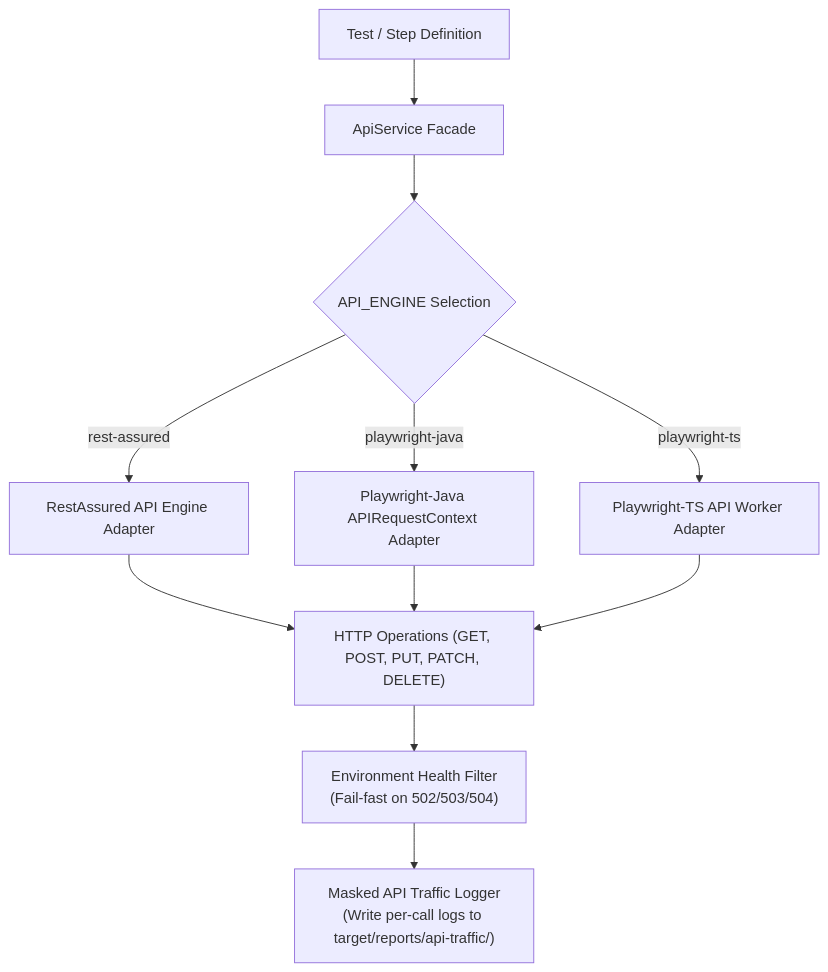
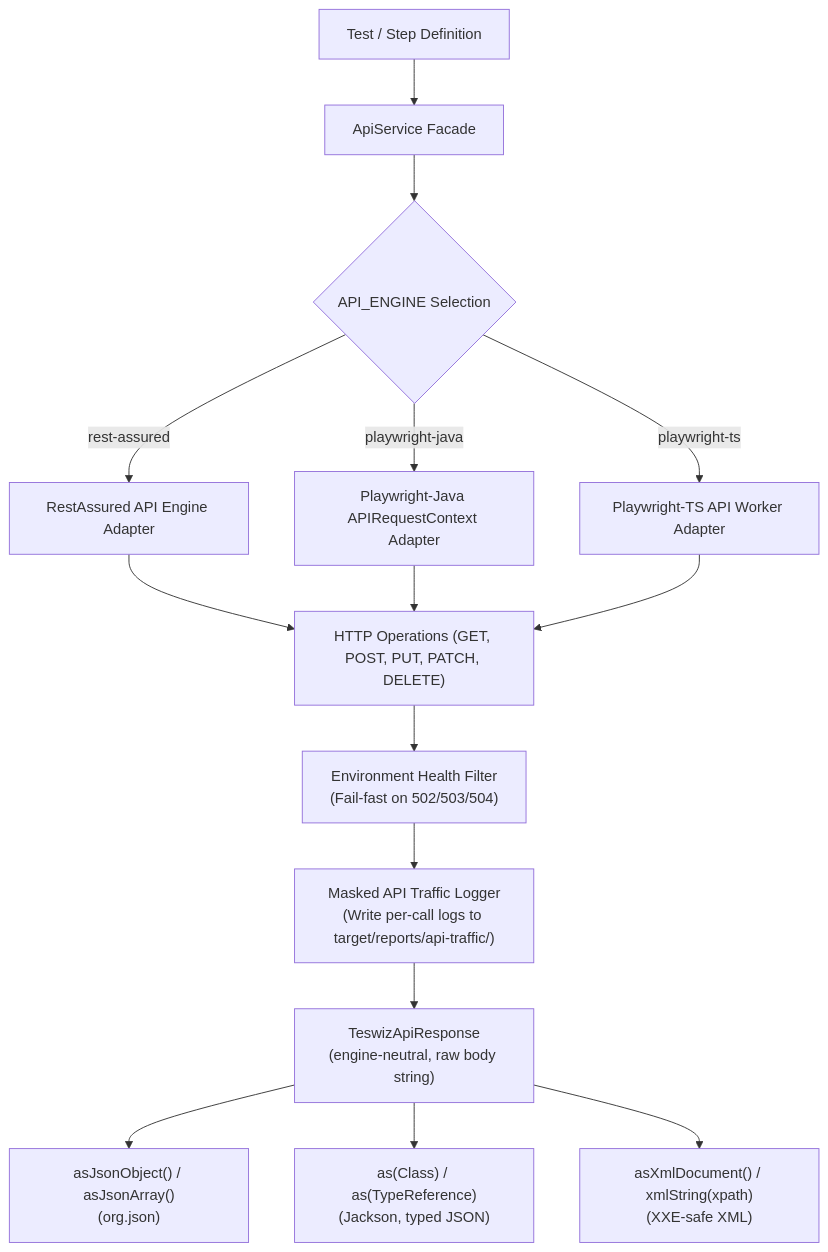
One commit to anandbagmar/teswiz changed the diagram in docs/engines/running-api-tests.md. Above: the diagram before and after it, drawn with Mermaid. The commit also changed other lines of this file and 4 other files, not shown here.

First line of the commit message:
Update docs and diagrams for 1.0.47 and 1.0.48 changes

````diff
--- a/docs/engines/running-api-tests.md
+++ b/docs/engines/running-api-tests.md
@@ -44,16 +44,21 @@
 ```mermaid
 flowchart TD
     A["Test / Step Definition"] --> B["ApiService Facade"]
     B --> C{"API_ENGINE Selection"}
     
     C -->|rest-assured| D1["RestAssured API Engine Adapter"]
     C -->|playwright-java| D2["Playwright-Java APIRequestContext Adapter"]
     C -->|playwright-ts| D3["Playwright-TS API Worker Adapter"]
 
     D1 --> E["HTTP Operations (GET, POST, PUT, PATCH, DELETE)"]
     D2 --> E
     D3 --> E
 
     E --> F["Environment Health Filter<br/>(Fail-fast on 502/503/504)"]
     F --> G["Masked API Traffic Logger<br/>(Write per-call logs to target/reports/api-traffic/)"]
+    G --> H["TeswizApiResponse<br/>(engine-neutral, raw body string)"]
+
+    H --> I1["asJsonObject() / asJsonArray()<br/>(org.json)"]
+    H --> I2["as(Class) / as(TypeReference)<br/>(Jackson, typed JSON)"]
+    H --> I3["asXmlDocument() / xmlString(xpath)<br/>(XXE-safe XML)"]
 ```
````
